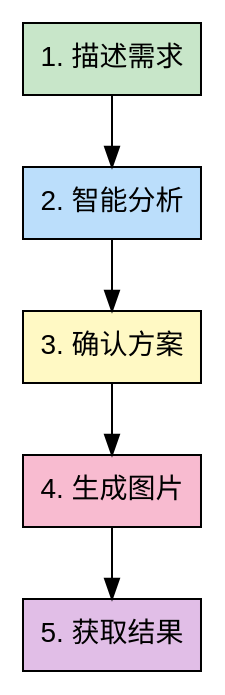
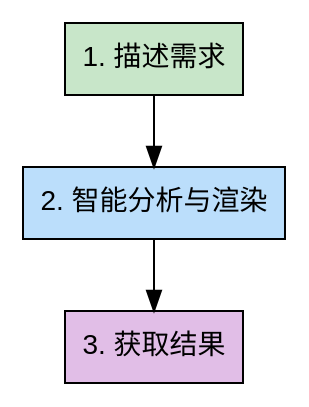
The diagram in skills/infographic-generator/SKILL.md (konglong87/methodology-skills), drawn with Graphviz before and after one commit. The commit also changed other lines of this file and 46 other files, not shown here.

Commit message:
信息图-小红书-优化

````diff
--- a/skills/infographic-generator/SKILL.md
+++ b/skills/infographic-generator/SKILL.md
@@ -68,17 +62,13 @@
 ```dot
 digraph infographic_workflow {
     rankdir=TB;
     node [shape=box, style=filled, fontname="Arial"];
 
     "1. 描述需求" [fillcolor="#c8e6c9"];
-    "2. 智能分析" [fillcolor="#bbdefb"];
-    "3. 确认方案" [fillcolor="#fff9c4"];
-    "4. 生成图片" [fillcolor="#f8bbd0"];
-    "5. 获取结果" [fillcolor="#e1bee7"];
+    "2. 智能分析与渲染" [fillcolor="#bbdefb"];
+    "3. 获取结果" [fillcolor="#e1bee7"];
 
-    "1. 描述需求" -> "2. 智能分析";
-    "2. 智能分析" -> "3. 确认方案";
-    "3. 确认方案" -> "4. 生成图片";
-    "4. 生成图片" -> "5. 获取结果";
+    "1. 描述需求" -> "2. 智能分析与渲染";
+    "2. 智能分析与渲染" -> "3. 获取结果";
 }
 ```
````
